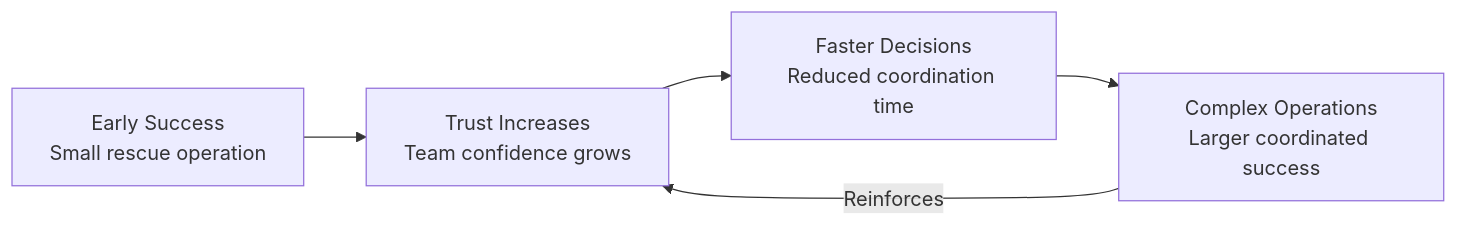
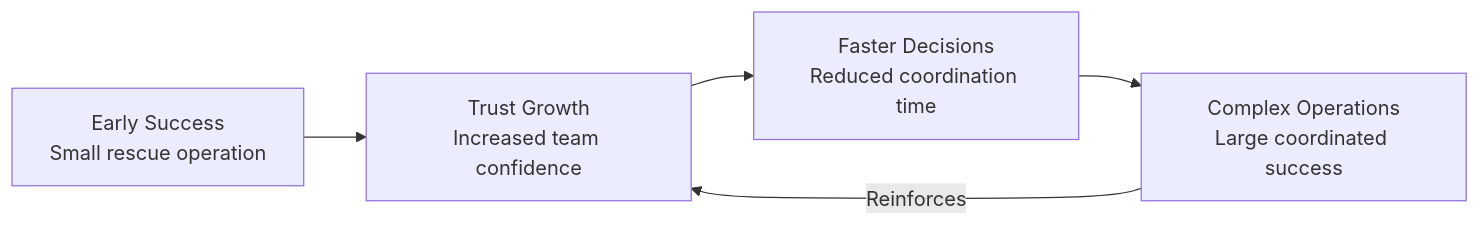
Before and after one commit to P4blo0o0/neurostiv-framework: the second of 2 diagrams in docs/extended-guide-v1.0.en.md, drawn with Mermaid. The commit also changed other lines of this file, not shown here.

````diff
--- a/docs/extended-guide-v1.0.en.md
+++ b/docs/extended-guide-v1.0.en.md
@@ -237,7 +240,7 @@
 ```mermaid
 graph LR
-A[Early Success<br/>Small rescue operation] --> B[Trust Increases<br/>Team confidence grows]
+A[Early Success<br/>Small rescue operation] --> B[Trust Growth<br/>Increased team confidence]
 B --> C[Faster Decisions<br/>Reduced coordination time]
-C --> D[Complex Operations<br/>Larger coordinated success]
+C --> D[Complex Operations<br/>Large coordinated success]
 D -->|Reinforces| B
 ```
````
